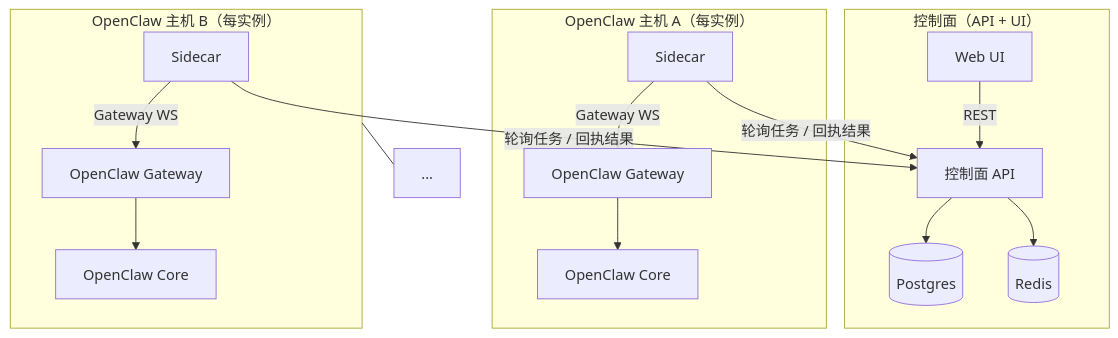
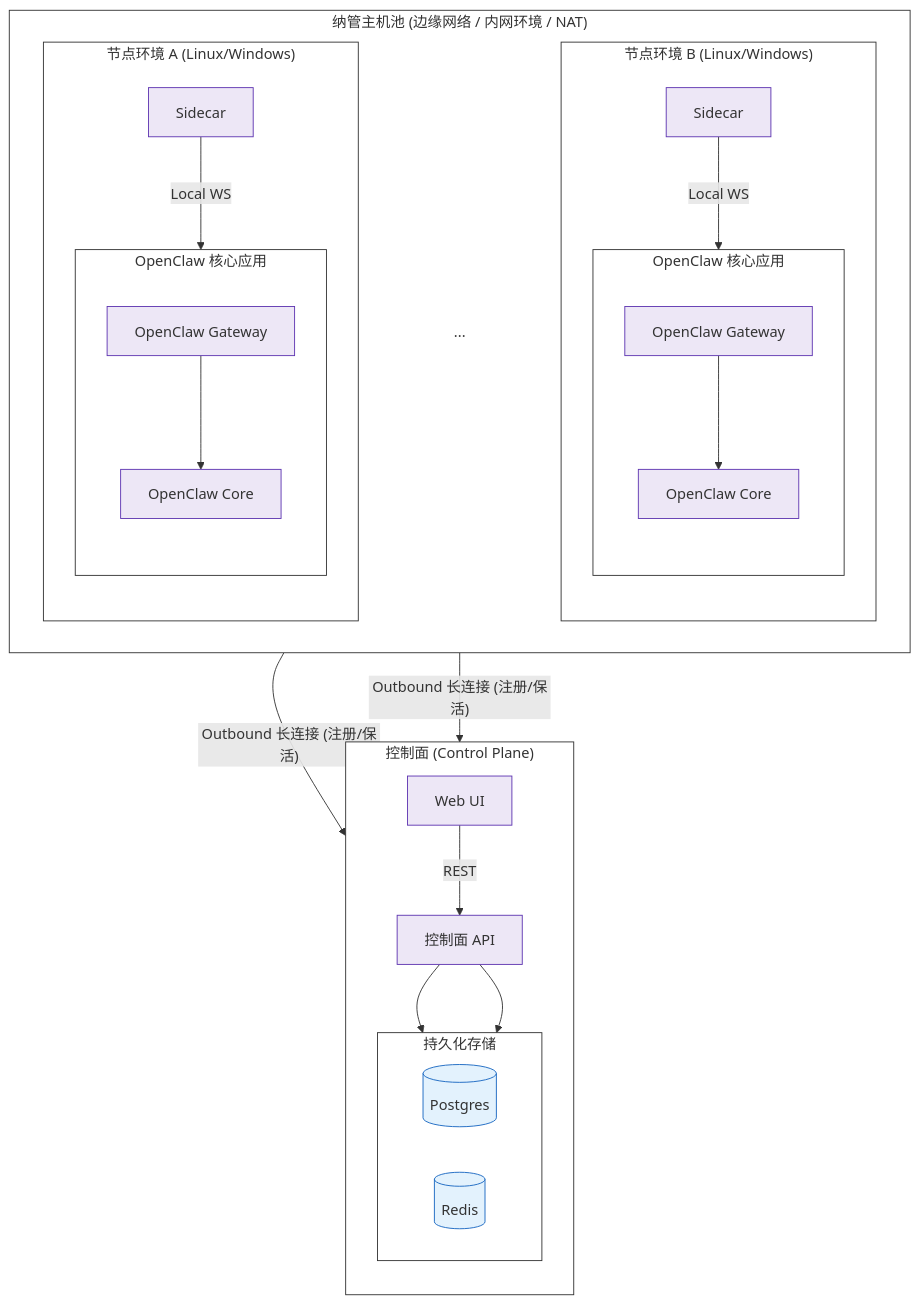
The diagram in README.zh-CN.md (RepeatName-star/openclaw-fleet), drawn with Mermaid before and after one commit. The commit also changed other lines of this file and 1 other file, not shown here.

Commit message:
docs: call out outbound-only management and update diagram

````diff
--- a/README.zh-CN.md
+++ b/README.zh-CN.md
@@ -7,26 +7,79 @@
 ```mermaid
 flowchart TB
-  subgraph ControlPlane["控制面（API + UI）"]
-    UI[Web UI] -->|REST| API[控制面 API]
-    API --> PG[(Postgres)]
-    API --> R[(Redis)]
+  %% --- 样式定义 ---
+  classDef component fill:#ede7f6,stroke:#5e35b1,stroke-width:1px;
+  classDef db fill:#e3f2fd,stroke:#1565c0,stroke-width:1px;
+  classDef plain fill:none,stroke:none;
+  classDef cluster fill:#fff,stroke:#333,stroke-width:1px;
+
+  %% ==========================================
+  %% 1. 上层：控制面 (Control Plane)
+  %% ==========================================
+  subgraph ControlPlane["控制面 (Control Plane)"]
+    direction TB
+    UI[Web UI]:::component -->|REST| API[控制面 API]:::component
+    
+    %% 数据库层：强制放在 API 下方，内部左右排列
+    subgraph DataLayer["持久化存储"]
+      direction LR
+      PG[(Postgres)]:::db
+      R[(Redis)]:::db
+    end
+    
+    API --> PG
+    API --> R
   end
 
-  subgraph HostA["OpenClaw 主机 A（每实例）"]
-    SCA[Sidecar]
-    GWA[OpenClaw Gateway]
-    OCA[OpenClaw Core]
-    SCA -->|Gateway WS| GWA --> OCA
+  %% ==========================================
+  %% 关键布局修复：隐形“脊柱”
+  %% 这行代码强制 控制面 在 主机池 的正上方
+  %% ==========================================
+  DataLayer ~~~ NodePool
+
+  %% ==========================================
+  %% 2. 下层：纳管主机池
+  %% ==========================================
+  subgraph NodePool["纳管主机池 (边缘网络 / 内网环境 / NAT)"]
+    direction LR %% 强制内部元素横向排列
+    
+    %% --- 2.1 左侧：节点 A ---
+    subgraph NodeEnvA["节点环境 A (Linux/Windows)"]
+      direction TB
+      SCA[Sidecar]:::component
+      
+      subgraph AppA["OpenClaw 核心应用"]
+        direction TB
+        GWA[OpenClaw Gateway]:::component --> OCA[OpenClaw Core]:::component
+      end
+      
+      SCA -->|Local WS| GWA
+    end
+
+    %% --- 2.2 中间：省略号 ---
+    Dots["..."]:::plain
+
+    %% --- 2.3 右侧：节点 B ---
+    subgraph NodeEnvB["节点环境 B (Linux/Windows)"]
+      direction TB
+      SCB[Sidecar]:::component
+      
+      subgraph AppB["OpenClaw 核心应用"]
+        direction TB
+        GWB[OpenClaw Gateway]:::component --> OCB[OpenClaw Core]:::component
+      end
+      
+      SCB -->|Local WS| GWB
+    end
+
+    %% --- 强制横向顺序：A -> 省略号 -> B ---
+    NodeEnvA ~~~ Dots ~~~ NodeEnvB
   end
 
-  subgraph HostB["OpenClaw 主机 B（每实例）"]
-    SCB[Sidecar]
-    GWB[OpenClaw Gateway]
-    OCB[OpenClaw Core]
-    SCB -->|Gateway WS| GWB --> OCB
-  end
-
-  SCA -->|轮询任务 / 回执结果| API
-  SCB -->|轮询任务 / 回执结果| API
-  HostB --- Dots["..."]
+  %% ==========================================
+  %% 3. 跨网逻辑连线 (Outbound)
+  %% ==========================================
+  %% 这里的连线会自动寻找最短路径，因为有上面的骨架支撑，
+  %% 它们现在会漂亮地汇聚到上方的 API
+  SCA -->|"Outbound 长连接 (注册/保活)"| API
+  SCB -->|"Outbound 长连接 (注册/保活)"| API
 ```
````
